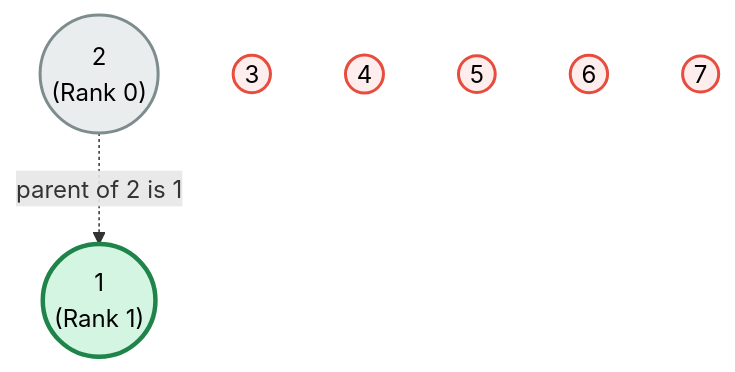
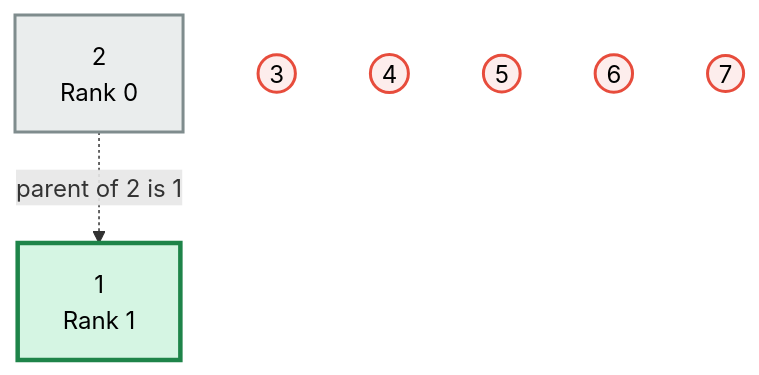
Diagram 12 of 36 in Graph/DSU_README.md (muntasir24/DSA_Practice), drawn with Mermaid before and after one commit. The commit also changed other lines of this file, not shown here.

````diff
--- a/Graph/DSU_README.md
+++ b/Graph/DSU_README.md
@@ -433,20 +433,20 @@
 ```mermaid
 graph TD
     %% Connected Component
-    1(("1<br>(Rank 1)")):::boss
-    2(("2<br>(Rank 0)")):::child
+    1["1<br>Rank 1"]:::boss
+    2["2<br>Rank 0"]:::child
     
     2 -. "parent of 2 is 1" .-> 1
 
     %% Isolated Nodes
     3((3)):::alone
     4((4)):::alone
     5((5)):::alone
     6((6)):::alone
     7((7)):::alone
 
     %% Styling
     classDef boss fill:#D5F5E3,stroke:#1E8449,stroke-width:3px,color:#000000;
     classDef child fill:#EAEDED,stroke:#7F8C8D,stroke-width:2px,color:#000000;
     classDef alone fill:#FDEDEC,stroke:#E74C3C,stroke-width:2px,color:#000000;
 ```
````
